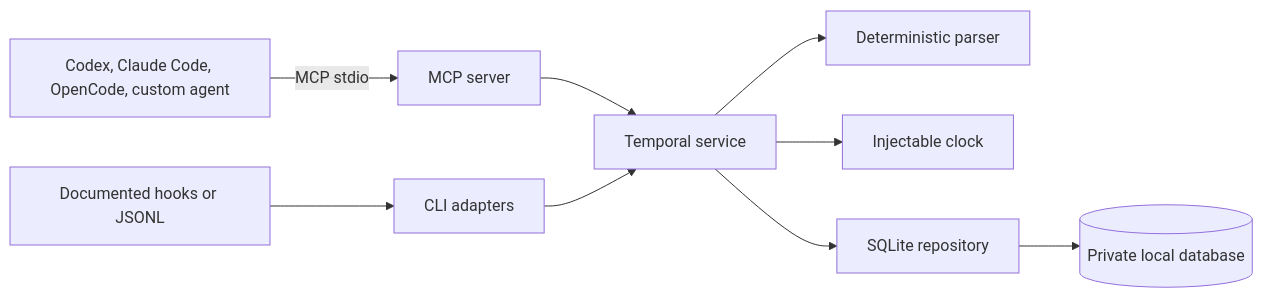
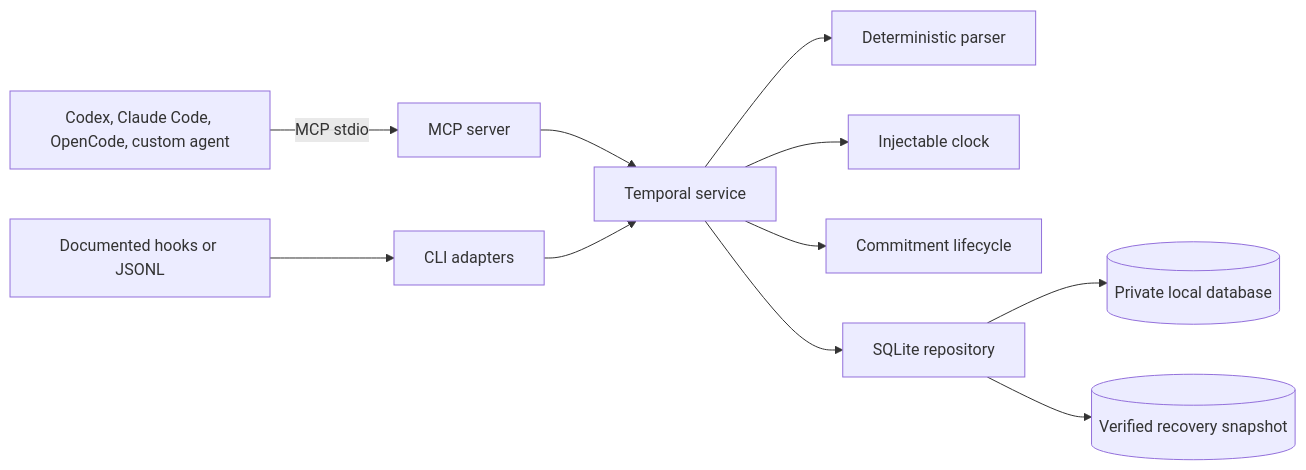
The diagram in README.md (SUDARSHANCHAUDHARI/TemporalThread), drawn with Mermaid before and after one commit. The commit also changed other lines of this file, not shown here.

Commit message:
docs: document lifecycle MCP and SQLite hardening

````diff
--- a/README.md
+++ b/README.md
@@ -29,11 +32,13 @@
 ```mermaid
 flowchart LR
     A["Codex, Claude Code, OpenCode, custom agent"] -->|"MCP stdio"| M["MCP server"]
     H["Documented hooks or JSONL"] --> C["CLI adapters"]
     M --> S["Temporal service"]
     C --> S
     S --> P["Deterministic parser"]
     S --> K["Injectable clock"]
+    S --> L["Commitment lifecycle"]
     S --> R["SQLite repository"]
     R --> D[("Private local database")]
+    R --> B[("Verified recovery snapshot")]
 ```
````
